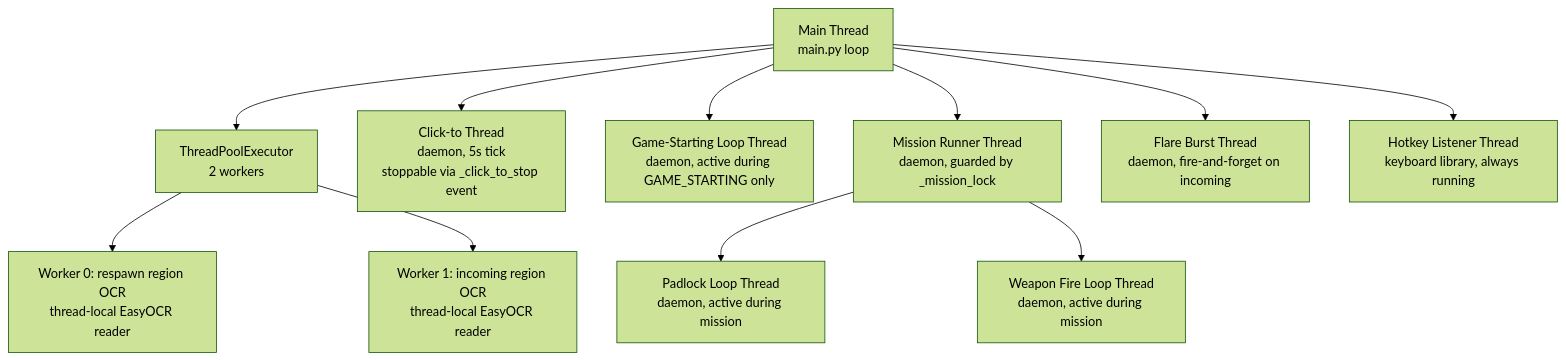
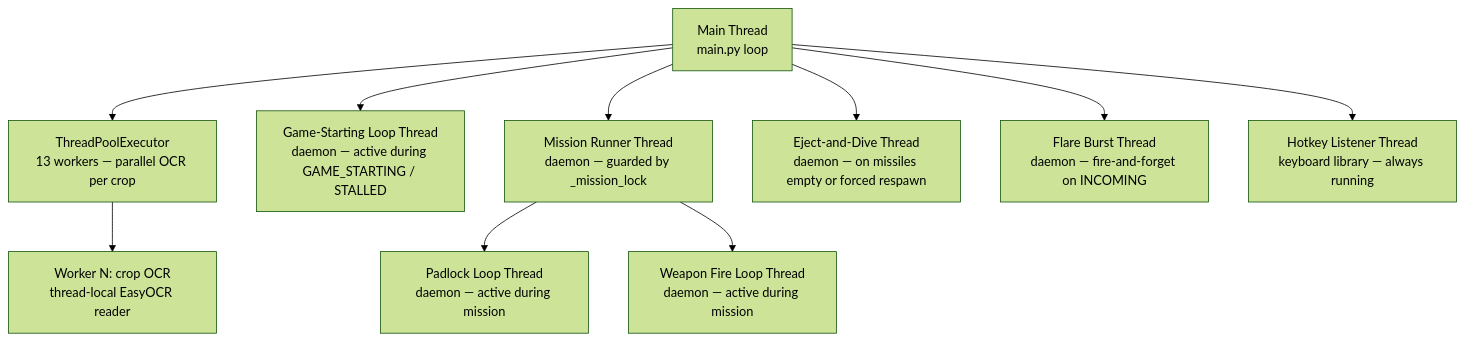
One commit to mhouse1/wingman changed the fifth of 6 diagrams in docs/architecture.md. Above: the diagram before and after it, drawn with Mermaid (forest theme). The commit also changed other lines of this file and 2 other files, not shown here.

````diff
--- a/docs/architecture.md
+++ b/docs/architecture.md
@@ -185,14 +209,13 @@
 ```mermaid
 flowchart TD
     MT["Main Thread\nmain.py loop"]
-    MT --> TP["ThreadPoolExecutor\n2 workers"]
-    TP --> W0["Worker 0: respawn region OCR\nthread-local EasyOCR reader"]
-    TP --> W1["Worker 1: incoming region OCR\nthread-local EasyOCR reader"]
-    MT --> CT["Click-to Thread\ndaemon, 5s tick\nstoppable via _click_to_stop event"]
-    MT --> GST["Game-Starting Loop Thread\ndaemon, active during GAME_STARTING only"]
-    MT --> MRT["Mission Runner Thread\ndaemon, guarded by _mission_lock"]
-    MRT --> PLT["Padlock Loop Thread\ndaemon, active during mission"]
-    MRT --> WFT["Weapon Fire Loop Thread\ndaemon, active during mission"]
-    MT --> FBT["Flare Burst Thread\ndaemon, fire-and-forget on incoming"]
-    MT --> HLT["Hotkey Listener Thread\nkeyboard library, always running"]
+    MT --> TP["ThreadPoolExecutor\n13 workers — parallel OCR per crop"]
+    TP --> W0["Worker N: crop OCR\nthread-local EasyOCR reader"]
+    MT --> GST["Game-Starting Loop Thread\ndaemon — active during GAME_STARTING / STALLED"]
+    MT --> MRT["Mission Runner Thread\ndaemon — guarded by _mission_lock"]
+    MRT --> PLT["Padlock Loop Thread\ndaemon — active during mission"]
+    MRT --> WFT["Weapon Fire Loop Thread\ndaemon — active during mission"]
+    MT --> EDT["Eject-and-Dive Thread\ndaemon — on missiles empty or forced respawn"]
+    MT --> FBT["Flare Burst Thread\ndaemon — fire-and-forget on INCOMING"]
+    MT --> HLT["Hotkey Listener Thread\nkeyboard library — always running"]
 ```
````
